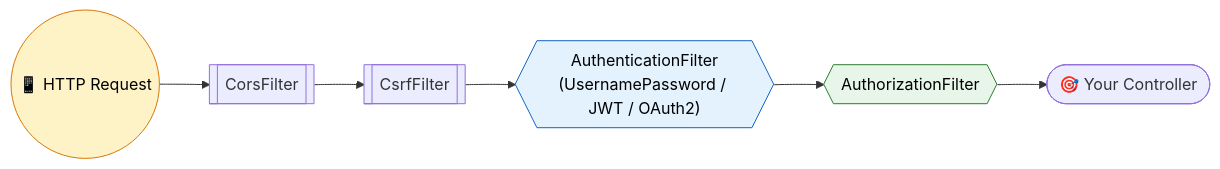
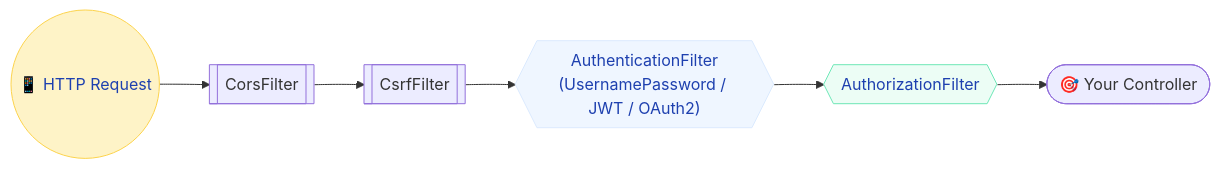
Before and after one commit to saivamsikaruturi/vamsilabs-dev-notes-main: the second of 3 diagrams in docs/springboot/security.md, drawn with Mermaid. The commit also changed other lines of this file and 220 other files, not shown here.

First line of the commit message:
Add 50+ new Java/Spring Boot pages, rewrite CSS code blocks to Oracle style, fix all diagram colors

````diff
--- a/docs/springboot/security.md
+++ b/docs/springboot/security.md
@@ -32,13 +32,13 @@
 ```mermaid
 flowchart LR
     Req(("📱 HTTP Request"))
     Req --> F1[["CorsFilter"]]
     F1 --> F2[["CsrfFilter"]]
     F2 --> F3{{"AuthenticationFilter<br/>(UsernamePassword / JWT / OAuth2)"}}
     F3 --> F4{{"AuthorizationFilter"}}
     F4 --> C(["🎯 Your Controller"])
 
-    style Req fill:#FEF3C7,stroke:#D97706,color:#000
-    style F3 fill:#E3F2FD,stroke:#1565C0,color:#000
-    style F4 fill:#E8F5E9,stroke:#2E7D32,color:#000
+    style Req fill:#FEF3C7,stroke:#FCD34D,color:#1E40AF
+    style F3 fill:#EFF6FF,stroke:#DBEAFE,color:#1E40AF
+    style F4 fill:#ECFDF5,stroke:#6EE7B7,color:#1E40AF
 ```
````
